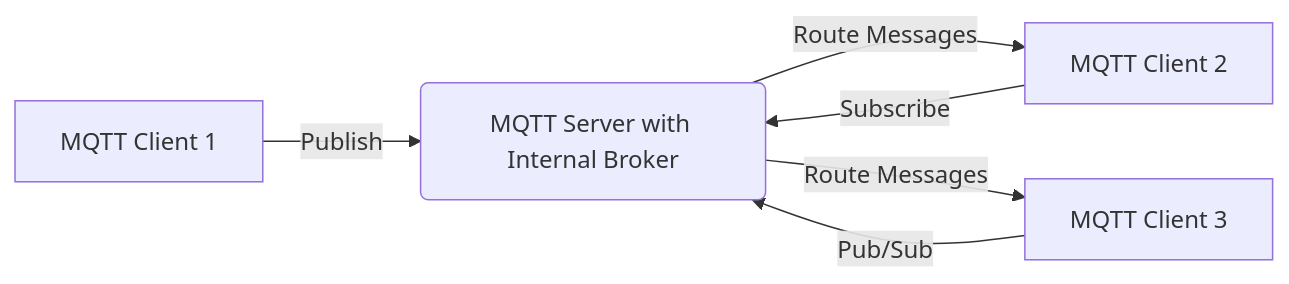
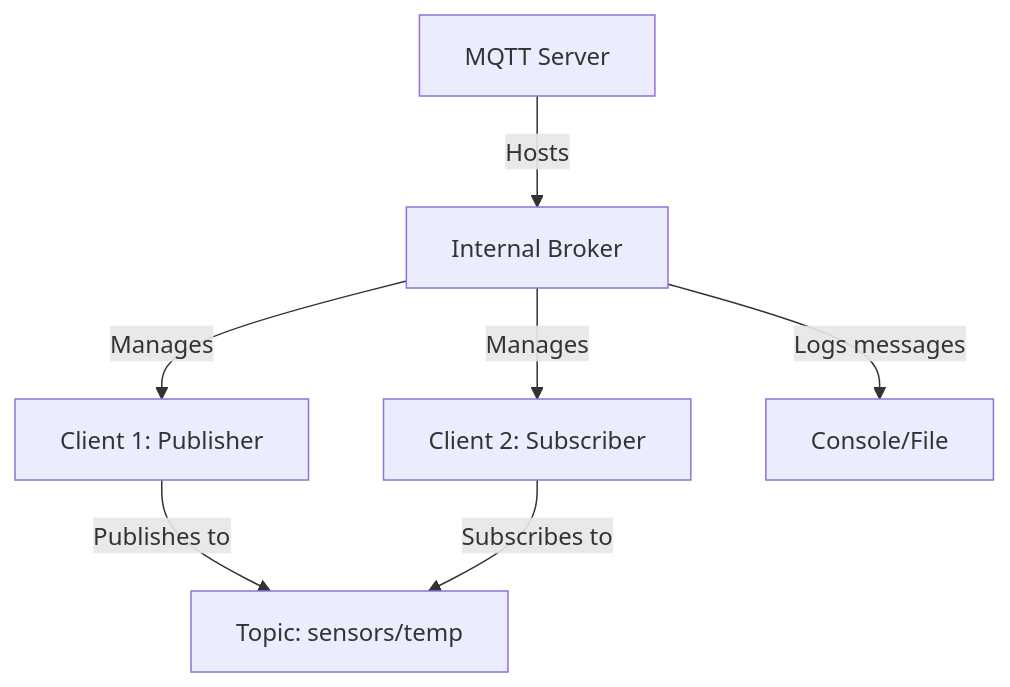
One commit to gianghiem2288/MQTTServer_Example changed the first of 2 diagrams in README.md. Above: the diagram before and after it, drawn with Mermaid. The commit also changed other lines of this file, not shown here.

````diff
--- a/README.md
+++ b/README.md
@@ -35,8 +37,9 @@
 ```mermaid
-graph LR
-    A[MQTT Client 1] -->|Publish| B(MQTT Server with Internal Broker)
-    C[MQTT Client 2] -->|Subscribe| B
-    D[MQTT Client 3] -->|Pub/Sub| B
-    B -->|Route Messages| C
-    B -->|Route Messages| D
+graph TD
+    A[MQTT Server] -->|Hosts| B[Internal Broker]
+    B -->|Manages| C[Client 1: Publisher]
+    B -->|Manages| D[Client 2: Subscriber]
+    C -->|Publishes to| E[Topic: sensors/temp]
+    D -->|Subscribes to| E
+    B -->|Logs messages| F[Console/File]
 ```
````
